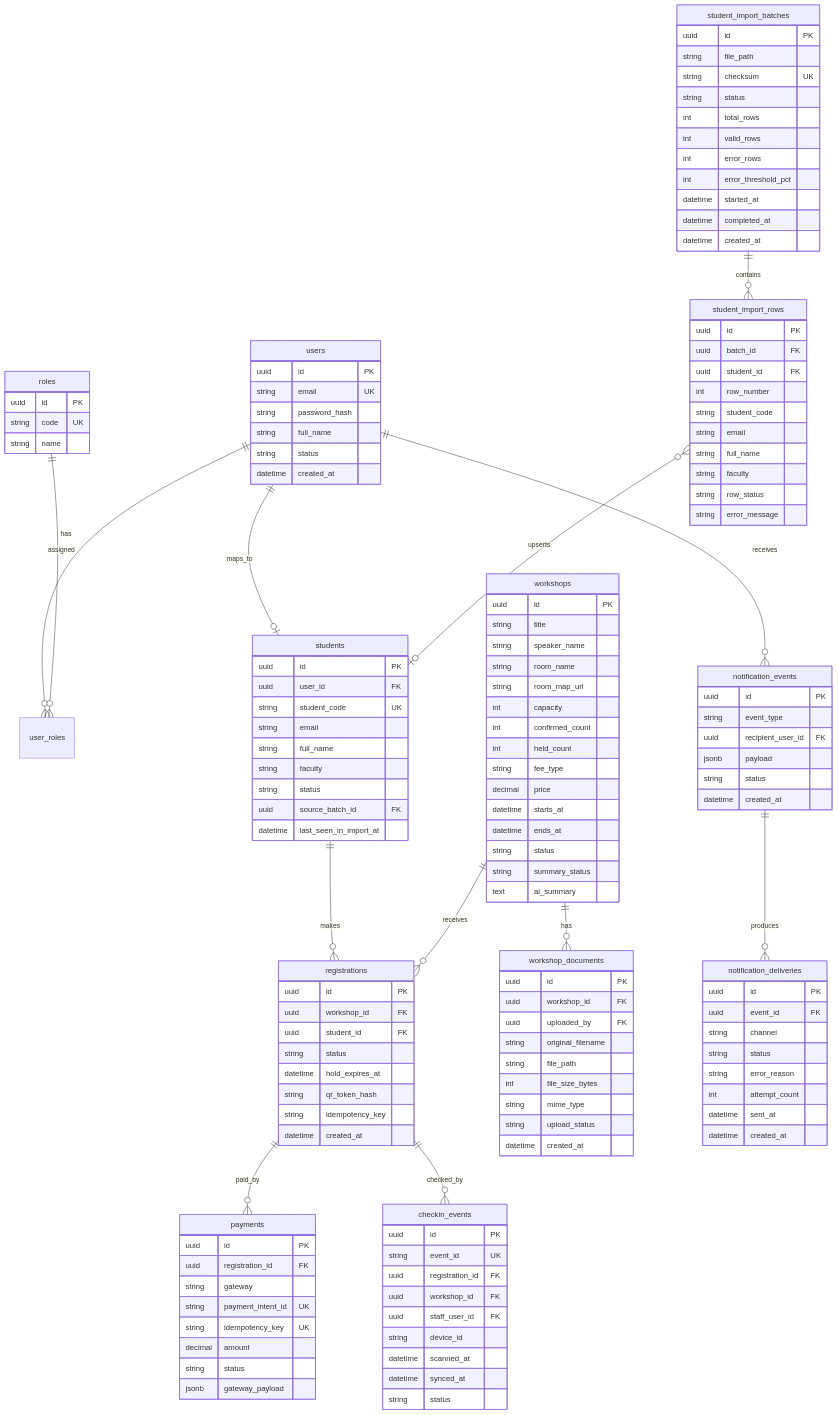
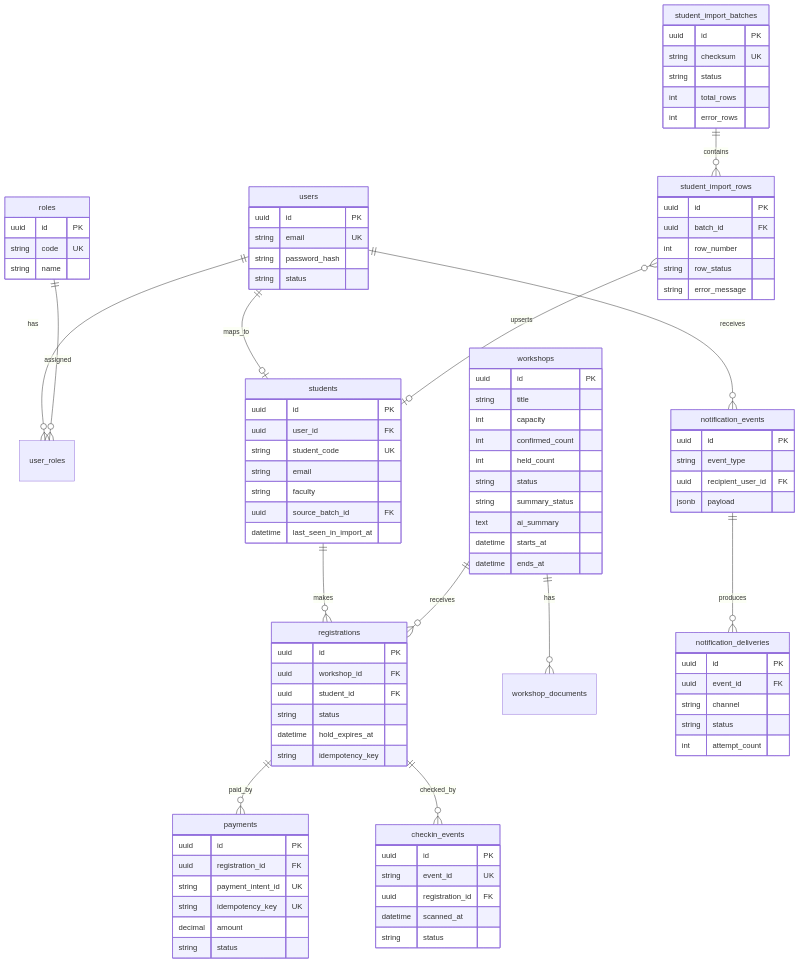
One commit to NTTH7419/TKPMFinal changed the fourth of 4 diagrams in docs/blueprint/design.md. Above: the diagram before and after it, drawn with Mermaid. The commit also changed other lines of this file and 9 other files, not shown here.

````diff
--- a/docs/blueprint/design.md
+++ b/docs/blueprint/design.md
@@ -198,141 +166,15 @@
     users ||--o{ notification_events : receives
     notification_events ||--o{ notification_deliveries : produces
 
-    users {
-        uuid id PK
-        string email UK
-        string password_hash
-        string full_name
-        string status
-        datetime created_at
-    }
-
-    roles {
-        uuid id PK
-        string code UK
-        string name
-    }
-
-    students {
-        uuid id PK
-        uuid user_id FK
-        string student_code UK
-        string email
-        string full_name
-        string faculty
-        string status
-        uuid source_batch_id FK
-        datetime last_seen_in_import_at
-    }
-
-    workshops {
-        uuid id PK
-        string title
-        string speaker_name
-        string room_name
-        string room_map_url
-        int capacity
-        int confirmed_count
-        int held_count
-        string fee_type
-        decimal price
-        datetime starts_at
-        datetime ends_at
-        string status
-        string summary_status
-        text ai_summary
-    }
-
-    registrations {
-        uuid id PK
-        uuid workshop_id FK
-        uuid student_id FK
-        string status
-        datetime hold_expires_at
-        string qr_token_hash
-        string idempotency_key
-        datetime created_at
-    }
-
-    payments {
-        uuid id PK
-        uuid registration_id FK
-        string gateway
-        string payment_intent_id UK
-        string idempotency_key UK
-        decimal amount
-        string status
-        jsonb gateway_payload
-    }
-
-    checkin_events {
-        uuid id PK
-        string event_id UK
-        uuid registration_id FK
-        uuid workshop_id FK
-        uuid staff_user_id FK
-        string device_id
-        datetime scanned_at
-        datetime synced_at
-        string status
-    }
-
-    workshop_documents {
-        uuid id PK
-        uuid workshop_id FK
-        uuid uploaded_by FK
-        string original_filename
-        string file_path
-        int file_size_bytes
-        string mime_type
-        string upload_status
-        datetime created_at
-    }
-
-    student_import_batches {
-        uuid id PK
-        string file_path
-        string checksum UK
-        string status
-        int total_rows
-        int valid_rows
-        int error_rows
-        int error_threshold_pct
-        datetime started_at
-        datetime completed_at
-        datetime created_at
-    }
-
-    student_import_rows {
-        uuid id PK
-        uuid batch_id FK
-        uuid student_id FK
-        int row_number
-        string student_code
-        string email
-        string full_name
-        string faculty
-        string row_status
-        string error_message
-    }
-
-    notification_events {
-        uuid id PK
-        string event_type
-        uuid recipient_user_id FK
-        jsonb payload
-        string status
-        datetime created_at
-    }
-
-    notification_deliveries {
-        uuid id PK
-        uuid event_id FK
-        string channel
-        string status
-        string error_reason
-        int attempt_count
-        datetime sent_at
-        datetime created_at
-    }
+    users { uuid id PK string email UK string password_hash string status }
+    roles { uuid id PK string code UK string name }
+    students { uuid id PK uuid user_id FK string student_code UK string email string faculty uuid source_batch_id FK datetime last_seen_in_import_at }
+    workshops { uuid id PK string title int capacity int confirmed_count int held_count string status string summary_status text ai_summary datetime starts_at datetime ends_at }
+    registrations { uuid id PK uuid workshop_id FK uuid student_id FK string status datetime hold_expires_at string idempotency_key }
+    payments { uuid id PK uuid registration_id FK string payment_intent_id UK string idempotency_key UK decimal amount string status }
+    checkin_events { uuid id PK string event_id UK uuid registration_id FK datetime scanned_at string status }
+    student_import_batches { uuid id PK string checksum UK string status int total_rows int error_rows }
+    student_import_rows { uuid id PK uuid batch_id FK int row_number string row_status string error_message }
+    notification_events { uuid id PK string event_type uuid recipient_user_id FK jsonb payload }
+    notification_deliveries { uuid id PK uuid event_id FK string channel string status int attempt_count }
 ```
````
